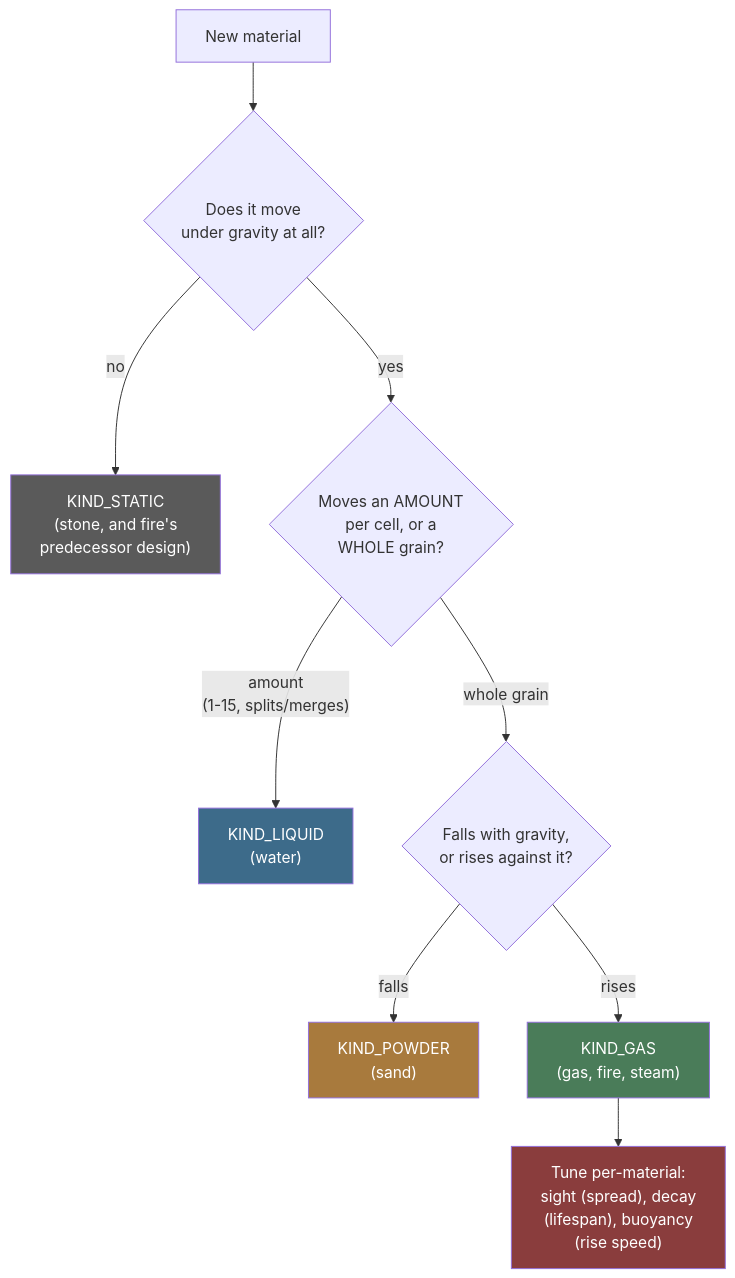
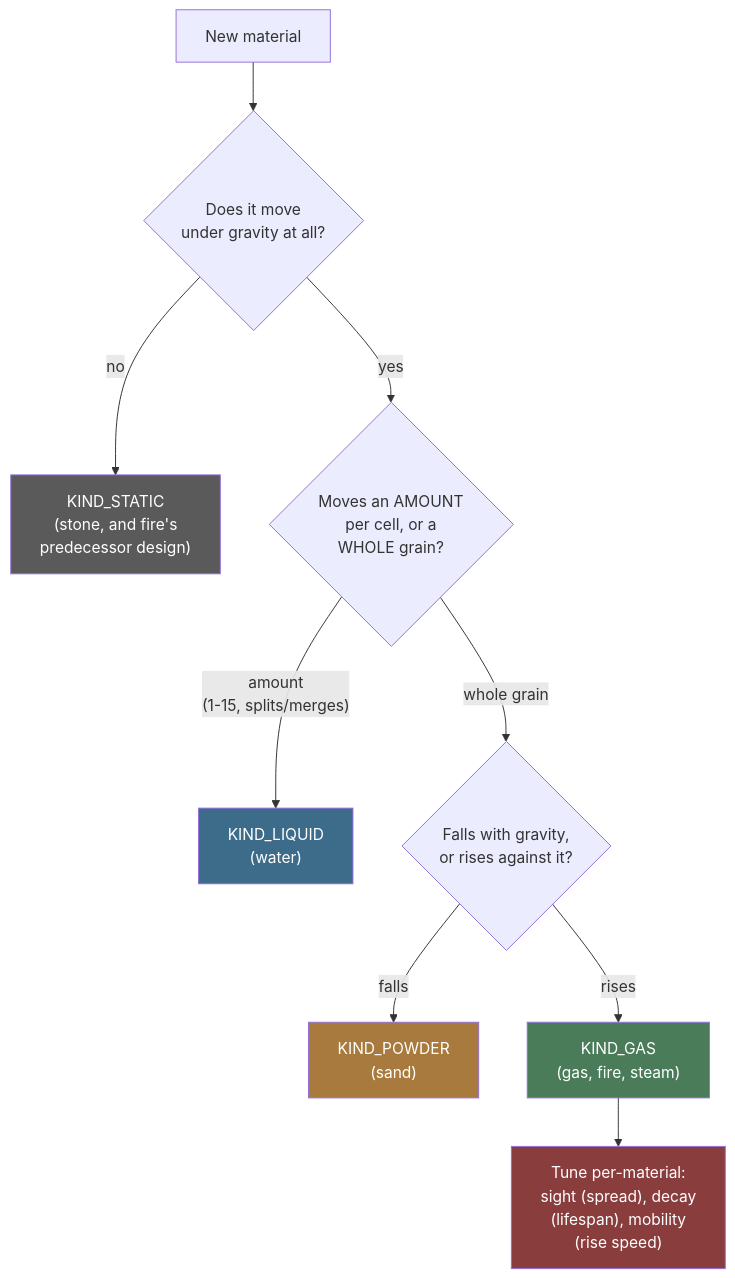
Before and after one commit to jose-villegas/esp32-c6-dev: the first of 4 diagrams in docs/Sand/Architecture.md, drawn with Mermaid. The commit also changed other lines of this file and 11 other files, not shown here.

````diff
--- a/docs/Sand/Architecture.md
+++ b/docs/Sand/Architecture.md
@@ -125,17 +125,17 @@
 ```mermaid
 flowchart TD
     A["New material"] --> B{"Does it move\nunder gravity at all?"}
     B -- "no" --> C["KIND_STATIC\n(stone, and fire's\npredecessor design)"]
     B -- "yes" --> D{"Moves an AMOUNT\nper cell, or a\nWHOLE grain?"}
     D -- "amount\n(1-15, splits/merges)" --> E["KIND_LIQUID\n(water)"]
     D -- "whole grain" --> F{"Falls with gravity,\nor rises against it?"}
     F -- "falls" --> G["KIND_POWDER\n(sand)"]
     F -- "rises" --> H["KIND_GAS\n(gas, fire, steam)"]
-    H --> I["Tune per-material:\nsight (spread), decay\n(lifespan), buoyancy\n(rise speed)"]
+    H --> I["Tune per-material:\nsight (spread), decay\n(lifespan), mobility\n(rise speed)"]
 
     style C fill:#5a5a5a,color:#fff
     style E fill:#3d6b8a,color:#fff
     style G fill:#a87a3d,color:#fff
     style H fill:#4a7c59,color:#fff
     style I fill:#8a3d3d,color:#fff
 ```
````
